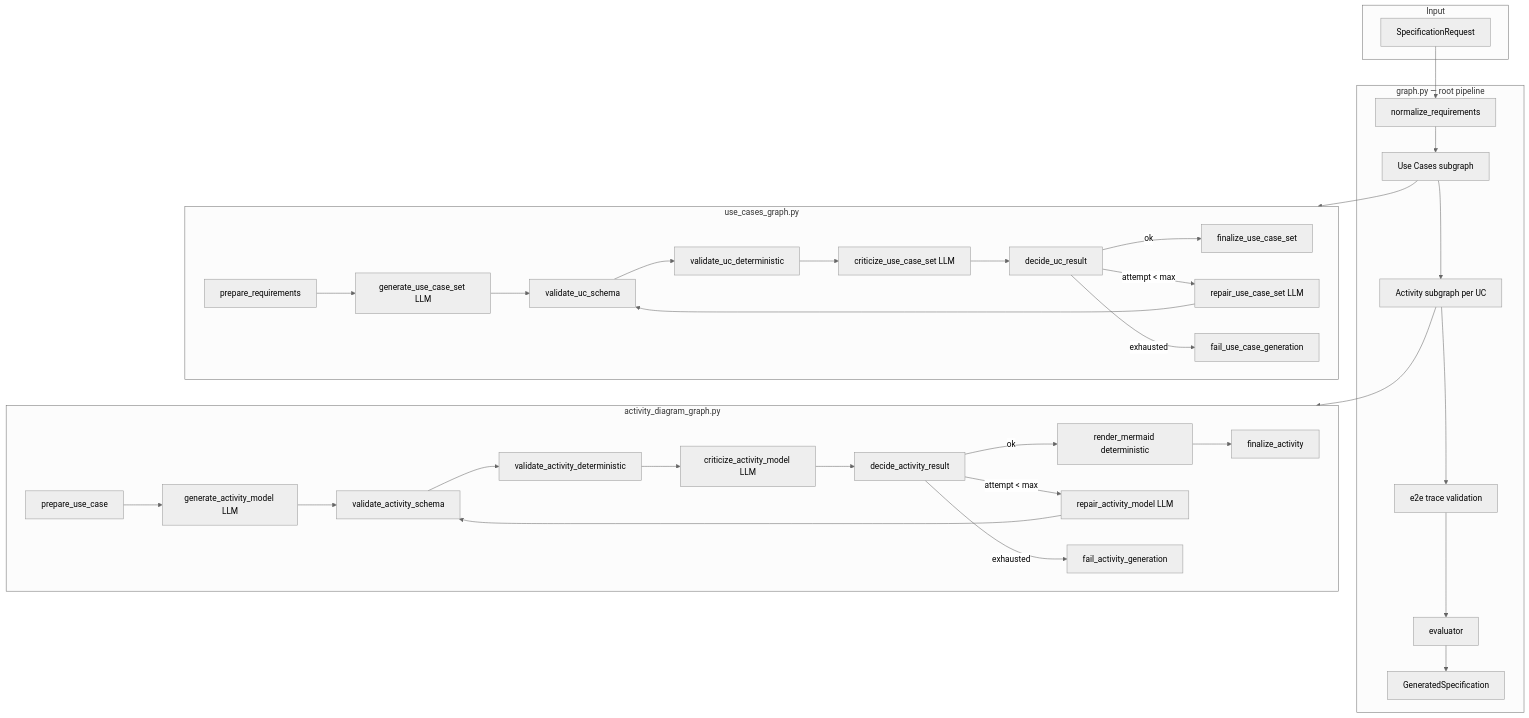
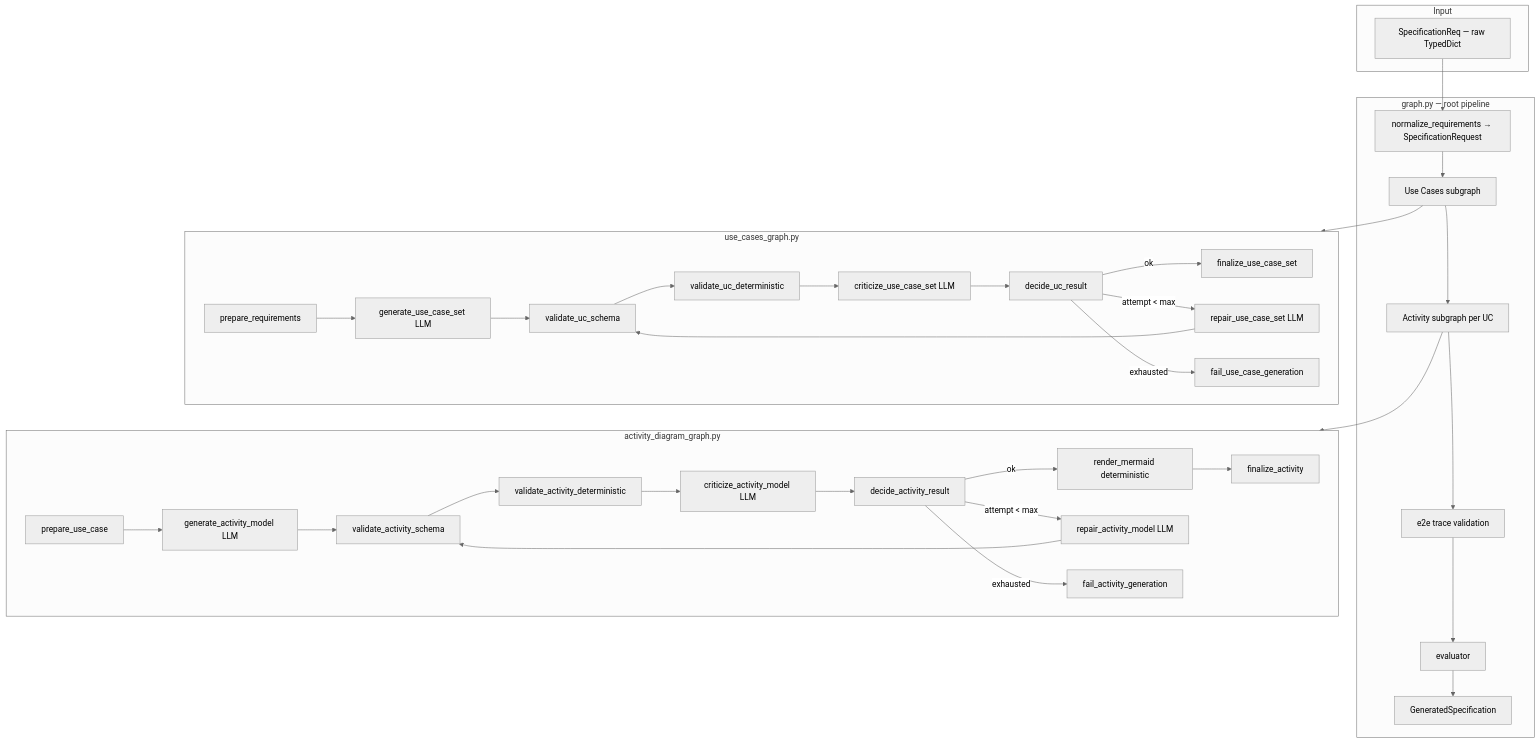
The diagram in docs/architecture/SYSTEM_DESIGN_V0_1.md (ArtemBotsman/agent_langgraph_diagrams), drawn with Mermaid (neutral theme) before and after one commit. The commit also changed other lines of this file and 60 other files, not shown here.

Commit message:
feat: add traceable diagram research pipeline

````diff
--- a/docs/architecture/SYSTEM_DESIGN_V0_1.md
+++ b/docs/architecture/SYSTEM_DESIGN_V0_1.md
@@ -16,53 +16,53 @@
 ```mermaid
 flowchart TB
   subgraph Input
-    SR[SpecificationRequest]
+    SR[SpecificationReq — raw TypedDict]
   end
 
   subgraph Pipeline["graph.py — root pipeline"]
-    N[normalize_requirements]
+    N[normalize_requirements → SpecificationRequest]
     UC[Use Cases subgraph]
     AD[Activity subgraph per UC]
     T[e2e trace validation]
     E[evaluator]
     OUT[GeneratedSpecification]
   end
 
   subgraph UCGraph["use_cases_graph.py"]
     U1[prepare_requirements]
     U2[generate_use_case_set LLM]
     U3[validate_uc_schema]
     U4[validate_uc_deterministic]
     U5[criticize_use_case_set LLM]
     U6[decide_uc_result]
     U7[repair_use_case_set LLM]
     U8[finalize_use_case_set]
     U9[fail_use_case_generation]
     U1 --> U2 --> U3 --> U4 --> U5 --> U6
     U6 -->|ok| U8
     U6 -->|attempt < max| U7 --> U3
     U6 -->|exhausted| U9
   end
 
   subgraph ADGraph["activity_diagram_graph.py"]
     A1[prepare_use_case]
     A2[generate_activity_model LLM]
     A3[validate_activity_schema]
     A4[validate_activity_deterministic]
     A5[criticize_activity_model LLM]
     A6[decide_activity_result]
     A7[repair_activity_model LLM]
     A8[render_mermaid deterministic]
     A9[finalize_activity]
     A10[fail_activity_generation]
     A1 --> A2 --> A3 --> A4 --> A5 --> A6
     A6 -->|ok| A8 --> A9
     A6 -->|attempt < max| A7 --> A3
     A6 -->|exhausted| A10
   end
 
   SR --> N --> UC
   UC --> UCGraph
   UC --> AD --> ADGraph
   AD --> T --> E --> OUT
 ```
````
